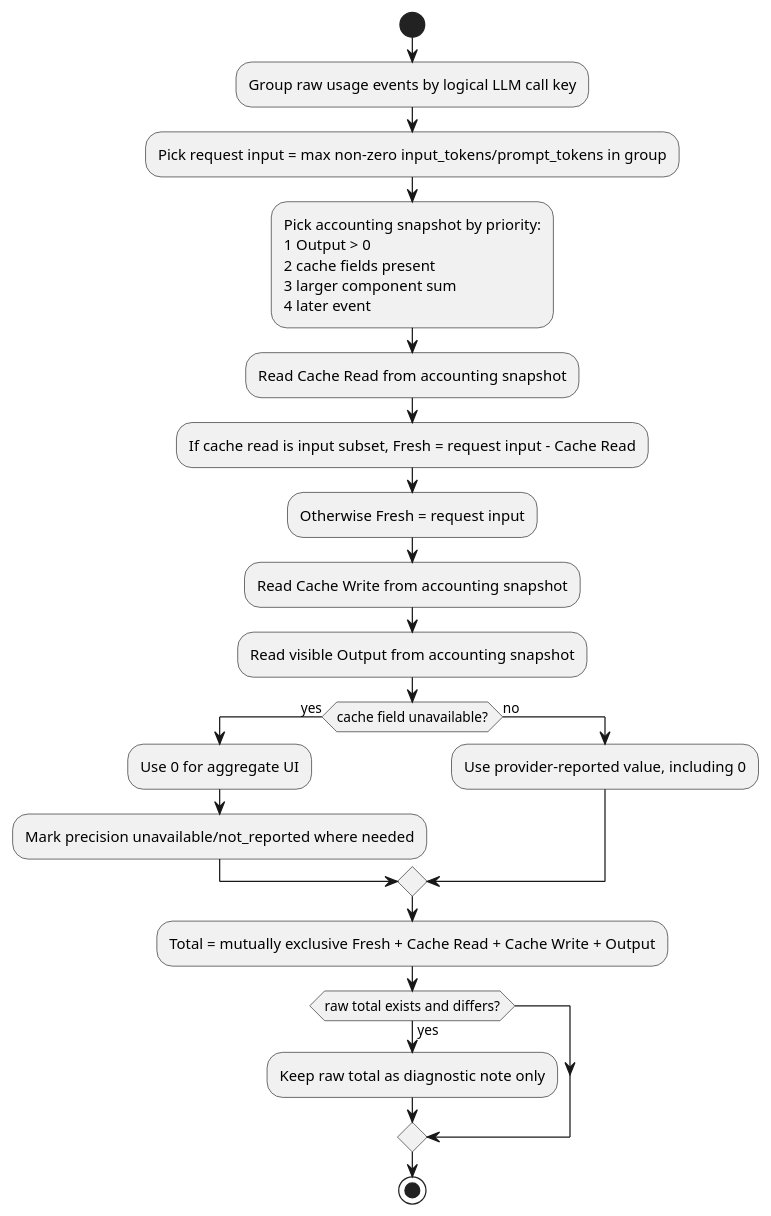
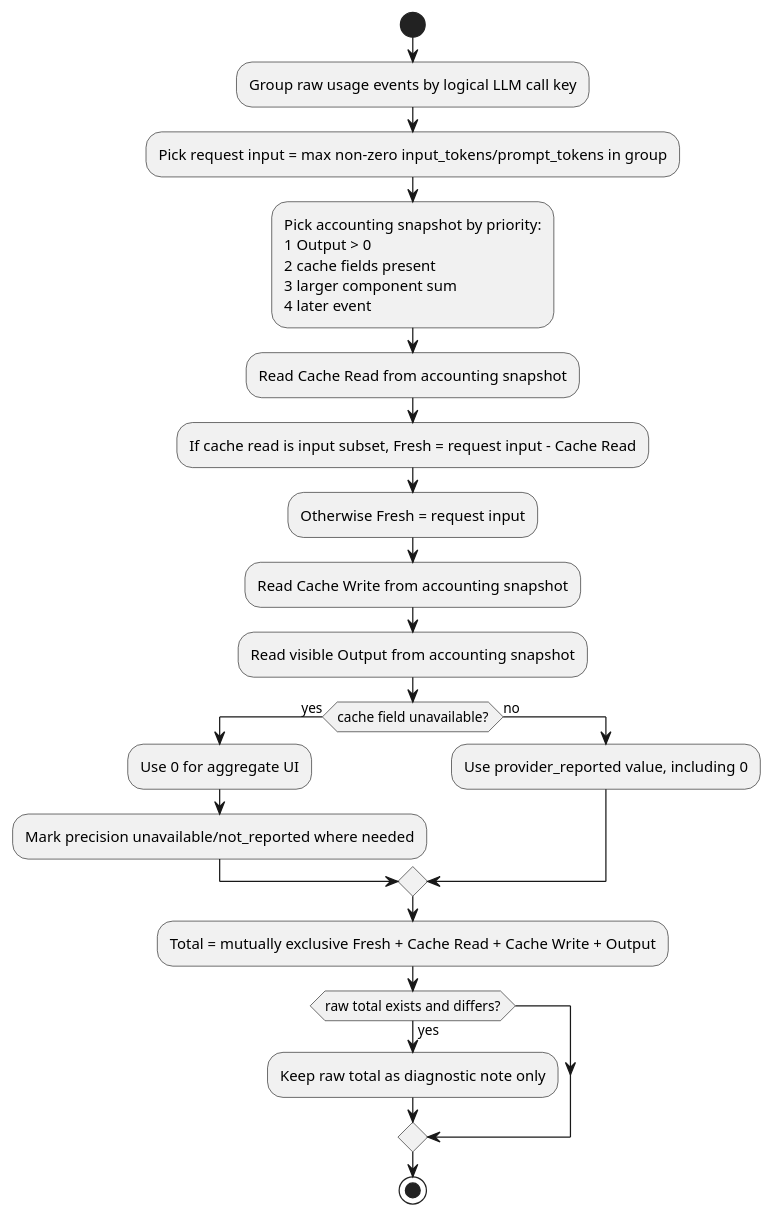
The diagram in docs/token-usage-extraction-standard.md (iampkuhz/feipi-session-browser), drawn with PlantUML before and after one commit. The commit also changed 52 other files, not shown here.

````diff
--- a/docs/token-usage-extraction-standard.md
+++ b/docs/token-usage-extraction-standard.md
@@ -42,28 +42,28 @@
 ```plantuml
 @startuml
 start
 :Group raw usage events by logical LLM call key;
 :Pick request input = max non-zero input_tokens/prompt_tokens in group;
 :Pick accounting snapshot by priority:
 1 Output > 0
 2 cache fields present
 3 larger component sum
 4 later event;
 :Read Cache Read from accounting snapshot;
 :If cache read is input subset, Fresh = request input - Cache Read;
 :Otherwise Fresh = request input;
 :Read Cache Write from accounting snapshot;
 :Read visible Output from accounting snapshot;
 if (cache field unavailable?) then (yes)
   :Use 0 for aggregate UI;
   :Mark precision unavailable/not_reported where needed;
 else (no)
-  :Use provider-reported value, including 0;
+  :Use provider_reported value, including 0;
 endif
 :Total = mutually exclusive Fresh + Cache Read + Cache Write + Output;
 if (raw total exists and differs?) then (yes)
   :Keep raw total as diagnostic note only;
 endif
 stop
 @enduml
 ```
````
